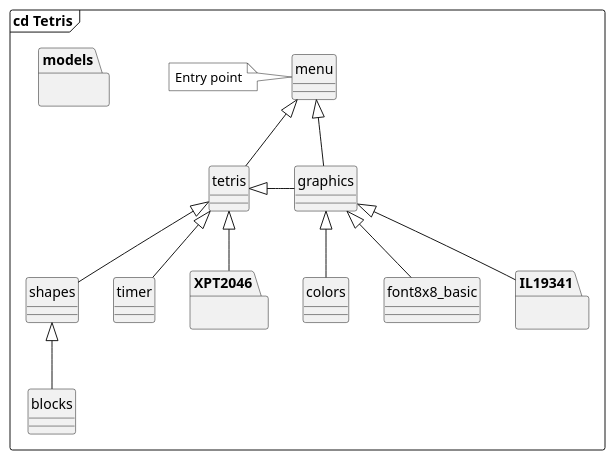
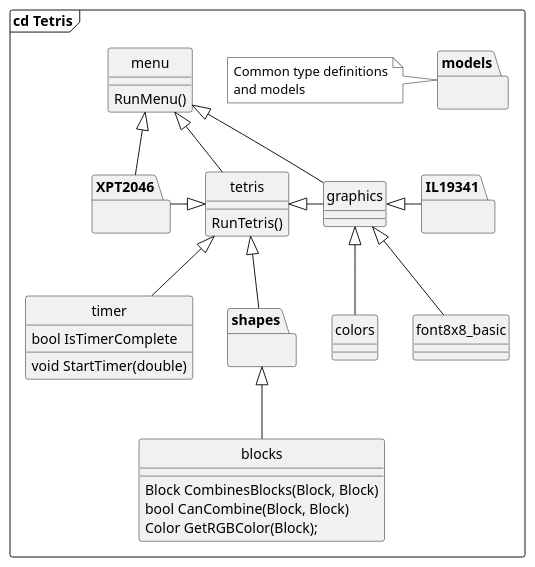
The diagram in TETRIS/test.wsd (Yoda92/AMS_TETRIS), drawn with PlantUML before and after one commit. The commit also changed 1 other file, not shown here.

```diff
--- a/TETRIS/test.wsd
+++ b/TETRIS/test.wsd
@@ -1,33 +1,46 @@
 @startuml
 hide circle
 top to bottom direction
 
 frame "cd Tetris" {
-    class blocks
+    class blocks {
+        Block CombinesBlocks(Block, Block)
+        bool CanCombine(Block, Block)
+        Color GetRGBColor(Block);
+    }
     class colors
     class graphics
-    class shapes
-    class tetris
-    class timer
-    class menu
-    class font8x8_basic
+    package shapes {}
+    class tetris {
+        RunTetris()
+    }
+    class timer {
+        bool IsTimerComplete
+        void StartTimer(double)
+    }
+    class menu {
+        RunMenu()
+    }
+    class font8x8_basic {}
     package IL19341 {}
     package XPT2046 {}
     package models {}
 
     menu <|-- tetris
     menu <|-- graphics
+    menu <|-- XPT2046
     tetris <|-- shapes
     shapes <|-- blocks
     tetris <|- graphics
     graphics <|-- colors
-    graphics <|-- IL19341
+    graphics <|-right- IL19341
     graphics <|-- font8x8_basic
     tetris <|-- timer
-    tetris <|-- XPT2046
+    tetris <|-left- XPT2046
 
-    note left of menu #ffffff
-        Entry point
+    note left of models #ffffff
+        Common type definitions
+        and models
     end note
 }
 @enduml
```
